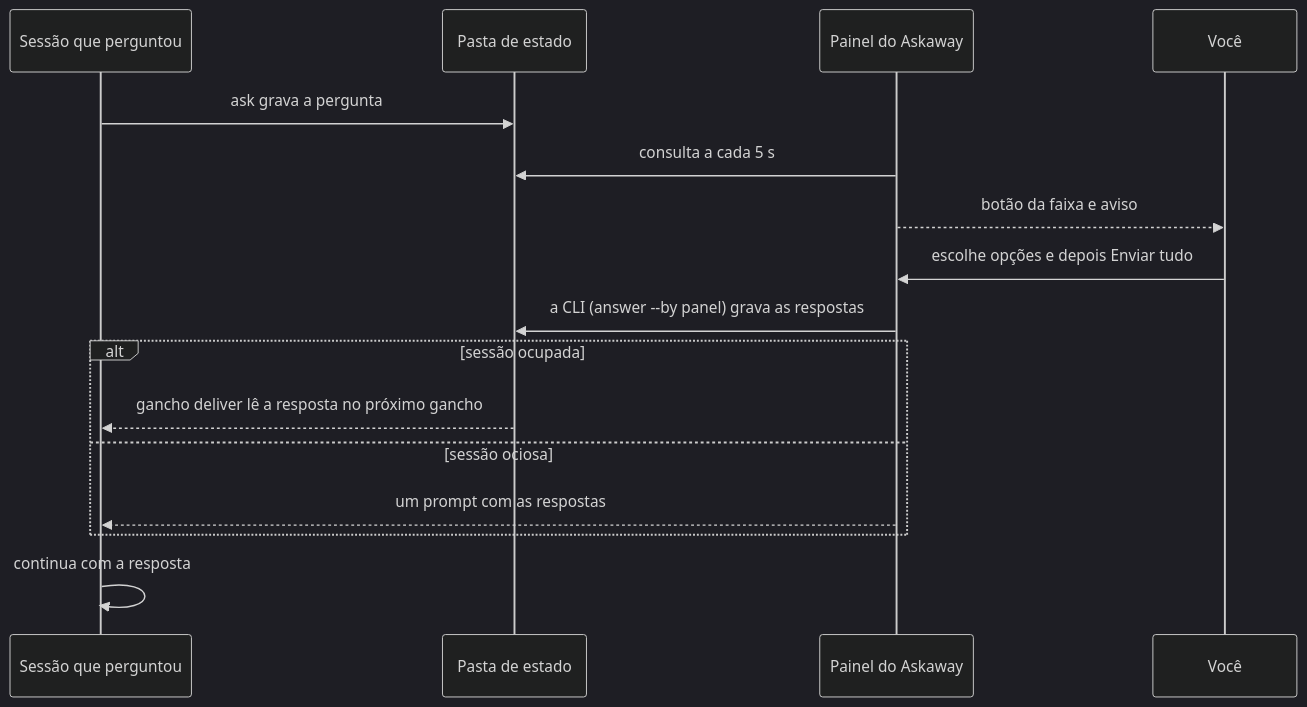
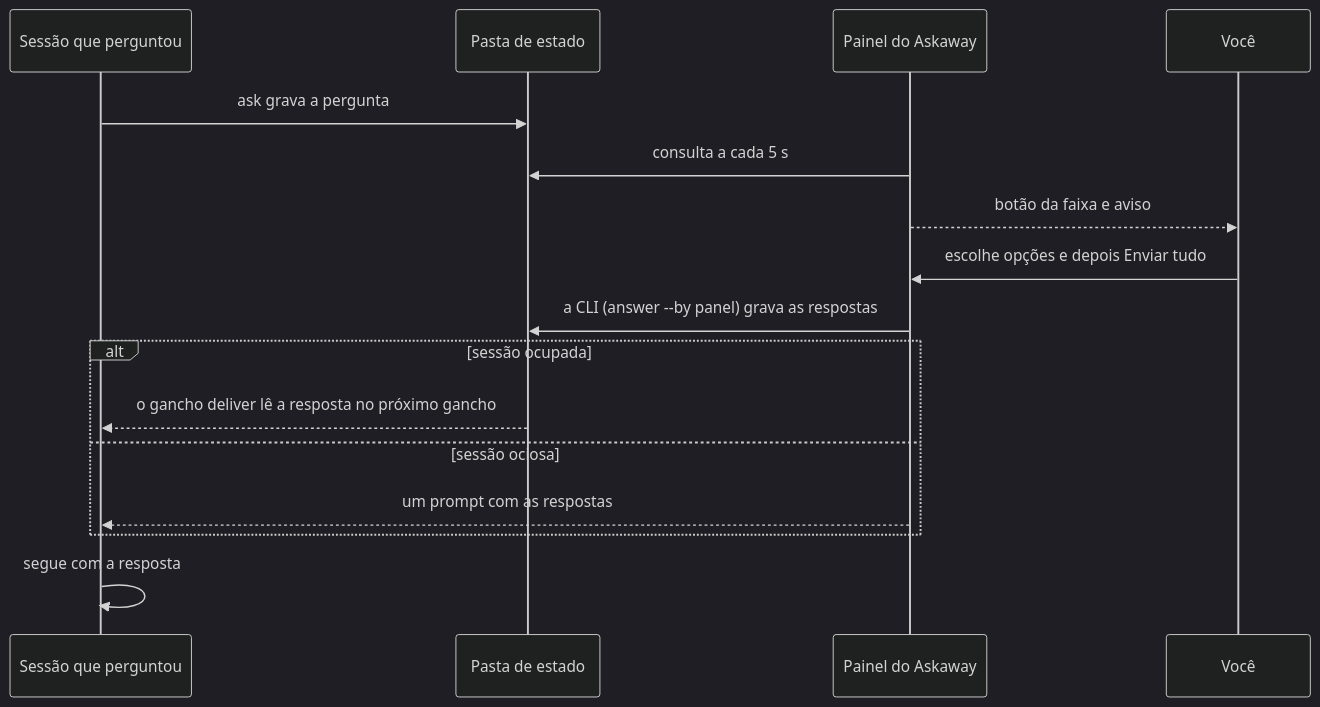
One commit to KeepGlide/askaway changed the second of 2 diagrams in README.pt-BR.md. Above: the diagram before and after it, drawn with Mermaid (dark theme). The commit also changed other lines of this file and 4 other files, not shown here.

````diff
--- a/README.pt-BR.md
+++ b/README.pt-BR.md
@@ -73,18 +139,18 @@
 ```mermaid
 sequenceDiagram
     participant Agent as Sessão que perguntou
     participant Folder as Pasta de estado
     participant Panel as Painel do Askaway
     participant You as Você
     Agent->>Folder: ask grava a pergunta
     Panel->>Folder: consulta a cada 5 s
     Panel-->>You: botão da faixa e aviso
     You->>Panel: escolhe opções e depois Enviar tudo
     Panel->>Folder: a CLI (answer --by panel) grava as respostas
     alt sessão ocupada
-        Folder-->>Agent: gancho deliver lê a resposta no próximo gancho
+        Folder-->>Agent: o gancho deliver lê a resposta no próximo gancho
     else sessão ociosa
         Panel-->>Agent: um prompt com as respostas
     end
-    Agent->>Agent: continua com a resposta
+    Agent->>Agent: segue com a resposta
 ```
````
